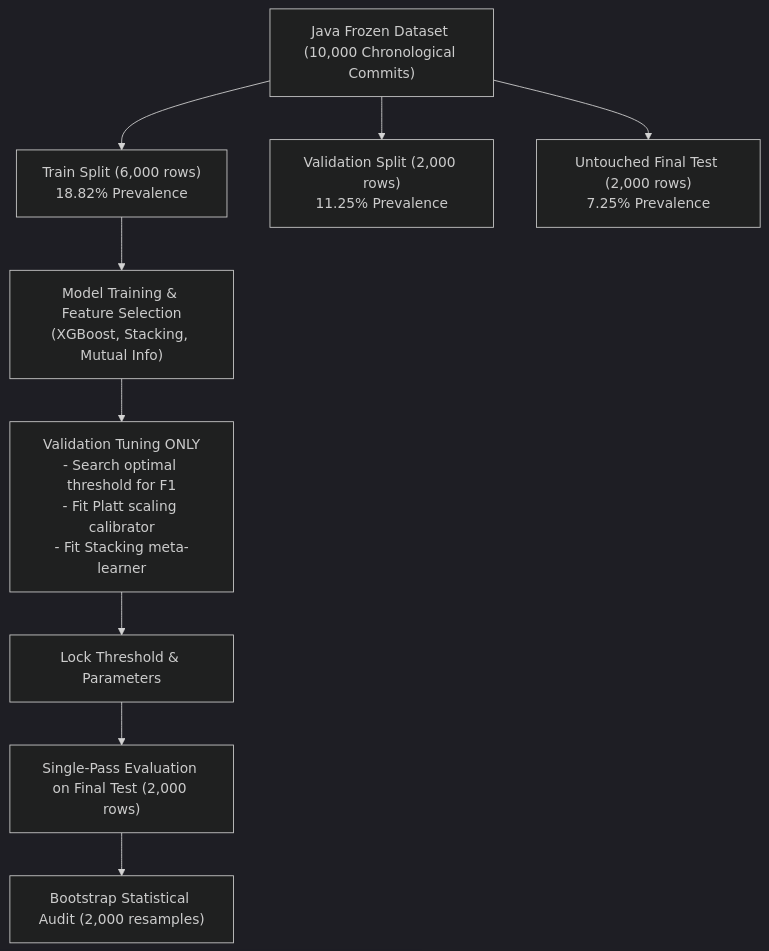
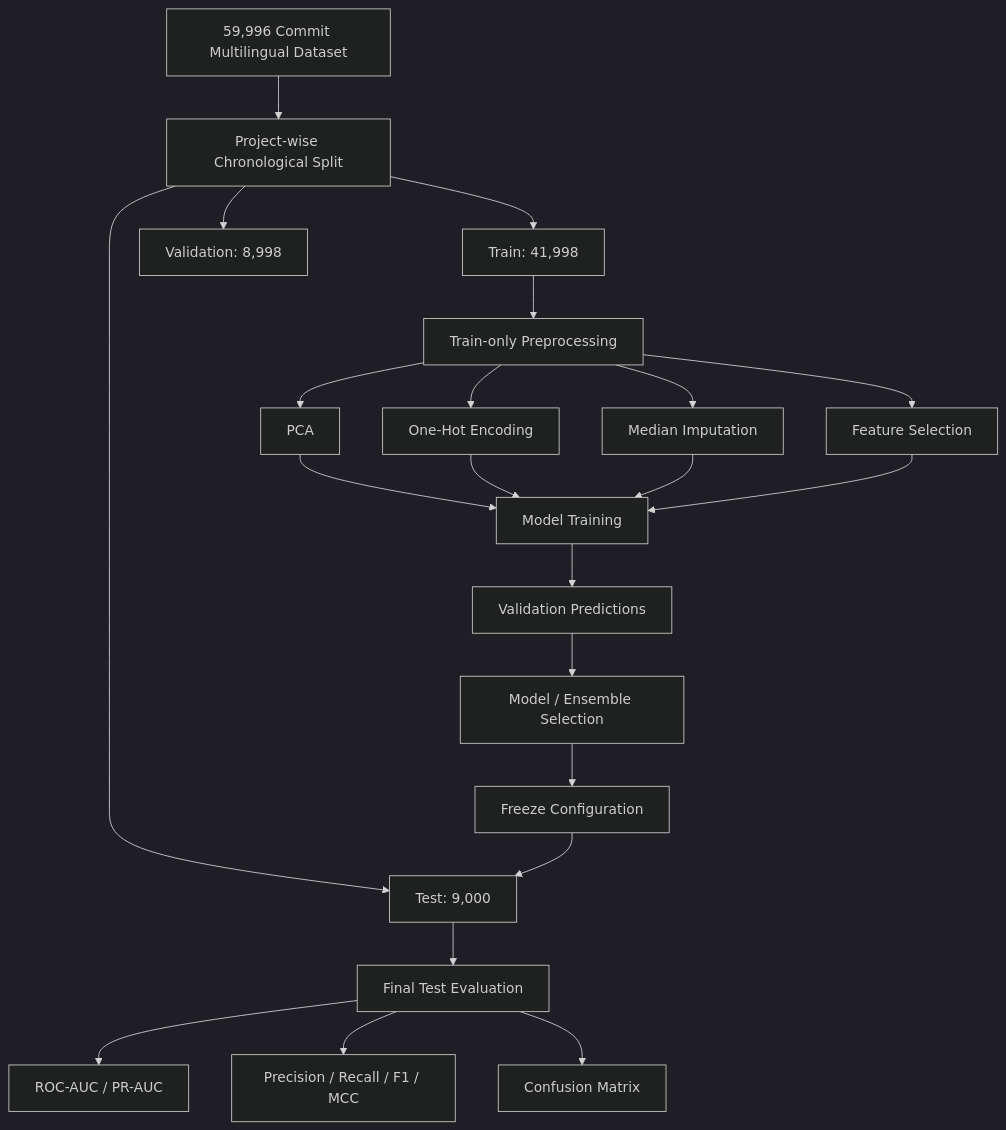
Before and after one commit to PrathamKP6/Hybrid-Feature-Fusion-JIT-SDP: the diagram in docs/debugging_procedures.md, drawn with Mermaid (dark theme). The commit also changed other lines of this file and 3 other files, not shown here.

````diff
--- a/docs/debugging_procedures.md
+++ b/docs/debugging_procedures.md
@@ -55,13 +316,36 @@
 ```mermaid
 flowchart TD
-    A["Java Frozen Dataset (10,000 Chronological Commits)"] --> B["Train Split (6,000 rows)<br/>18.82% Prevalence"]
-    A --> C["Validation Split (2,000 rows)<br/>11.25% Prevalence"]
-    A --> D["Untouched Final Test (2,000 rows)<br/>7.25% Prevalence"]
-    
-    B --> E["Model Training & Feature Selection<br/>(XGBoost, Stacking, Mutual Info)"]
-    E --> F["Validation Tuning ONLY<br/>- Search optimal threshold for F1<br/>- Fit Platt scaling calibrator<br/>- Fit Stacking meta-learner"]
-    
-    F --> G["Lock Threshold & Parameters"]
-    G --> H["Single-Pass Evaluation on Final Test (2,000 rows)"]
-    H --> I["Bootstrap Statistical Audit (2,000 resamples)"]
+
+    A["59,996 Commit Multilingual Dataset"]
+        --> B["Project-wise Chronological Split"]
+
+    B --> C["Train: 41,998"]
+    B --> D["Validation: 8,998"]
+    B --> E["Test: 9,000"]
+
+    C --> F["Train-only Preprocessing"]
+
+    F --> G["PCA"]
+    F --> H["One-Hot Encoding"]
+    F --> I["Median Imputation"]
+    F --> J["Feature Selection"]
+
+    G --> K["Model Training"]
+    H --> K
+    I --> K
+    J --> K
+
+    K --> L["Validation Predictions"]
+
+    L --> M["Model / Ensemble Selection"]
+
+    M --> N["Freeze Configuration"]
+
+    N --> E
+
+    E --> O["Final Test Evaluation"]
+
+    O --> P["ROC-AUC / PR-AUC"]
+    O --> Q["Precision / Recall / F1 / MCC"]
+    O --> R["Confusion Matrix"]
 ```
````
